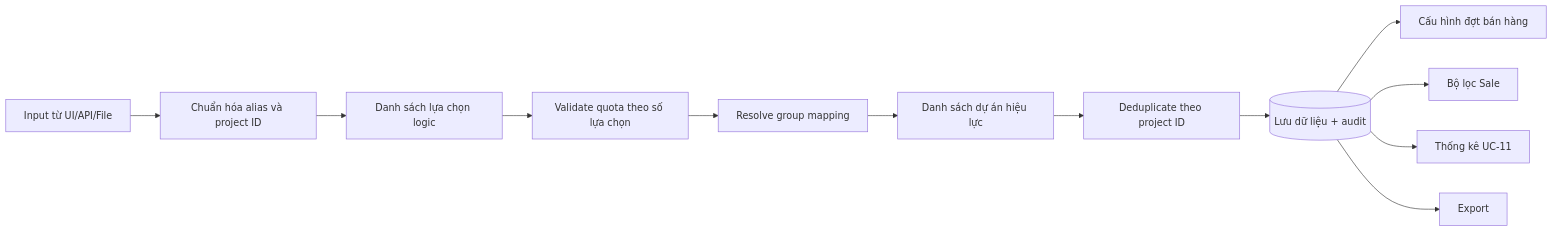
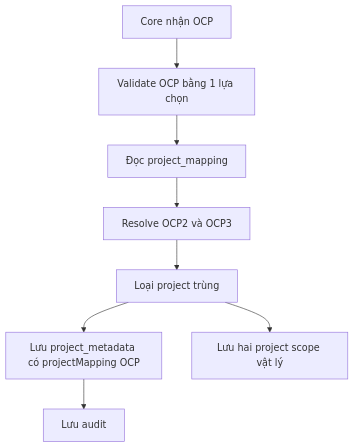
The fifth of 5 diagrams in BDSKD-6590-ocp23-project-mapping-spec.md (huynv-xyz/vhm), drawn with Mermaid before and after one commit. The commit also changed other lines of this file, not shown here.

````diff
--- a/BDSKD-6590-ocp23-project-mapping-spec.md
+++ b/BDSKD-6590-ocp23-project-mapping-spec.md
@@ -58,15 +496,10 @@
 ```mermaid
-flowchart LR
-    INPUT[Input từ UI/API/File] --> NORMALIZE[Chuẩn hóa alias và project ID]
-    NORMALIZE --> LOGICAL[Danh sách lựa chọn logic]
-    LOGICAL --> QUOTA[Validate quota theo số lựa chọn]
-    QUOTA --> RESOLVE[Resolve group mapping]
-    RESOLVE --> EFFECTIVE[Danh sách dự án hiệu lực]
-    EFFECTIVE --> DEDUP[Deduplicate theo project ID]
-    DEDUP --> STORE[(Lưu dữ liệu + audit)]
-
-    STORE --> ROUND[Cấu hình đợt bán hàng]
-    STORE --> FILTER[Bộ lọc Sale]
-    STORE --> REPORT[Thống kê UC-11]
-    STORE --> EXPORT[Export]
+flowchart TD
+    REQUEST[Core nhận OCP] --> VALIDATE[Validate OCP bằng 1 lựa chọn]
+    VALIDATE --> READ[Đọc project_mapping]
+    READ --> EXPAND[Resolve OCP2 và OCP3]
+    EXPAND --> DEDUP[Loại project trùng]
+    DEDUP --> META[Lưu project_metadata có projectMapping OCP]
+    DEDUP --> SCOPE[Lưu hai project scope vật lý]
+    META --> AUDIT[Lưu audit]
 ```
````
